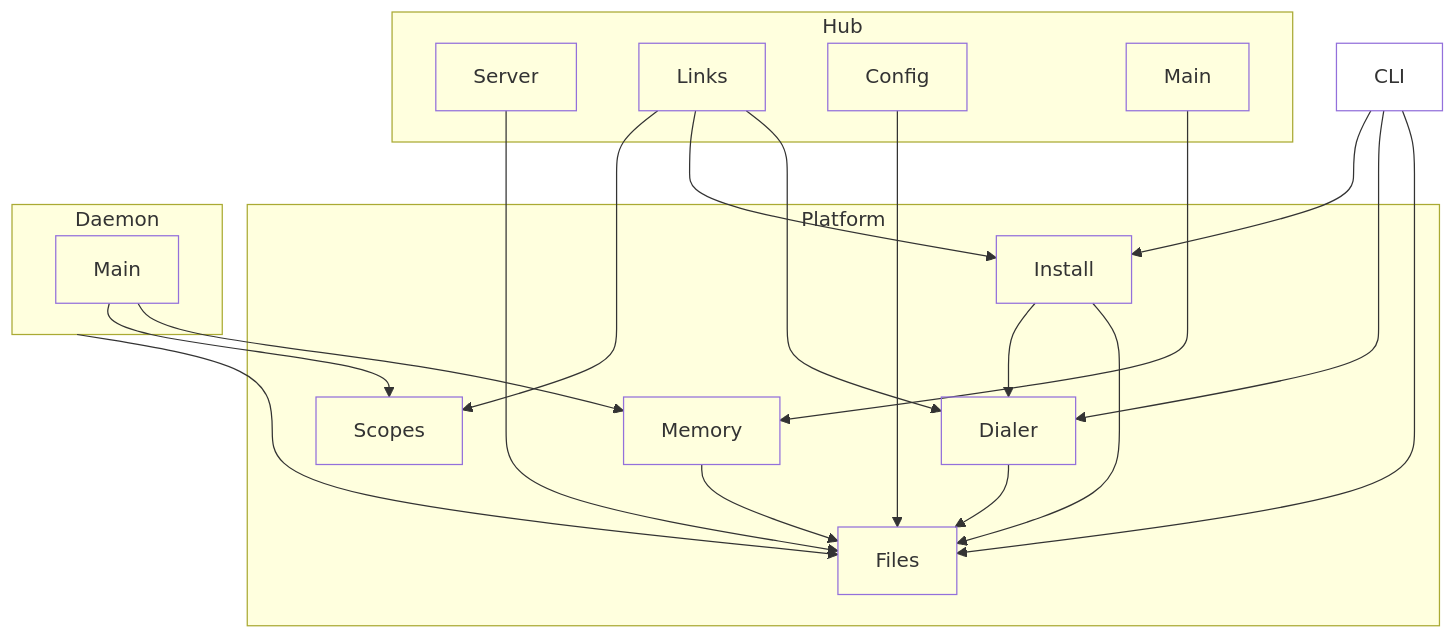
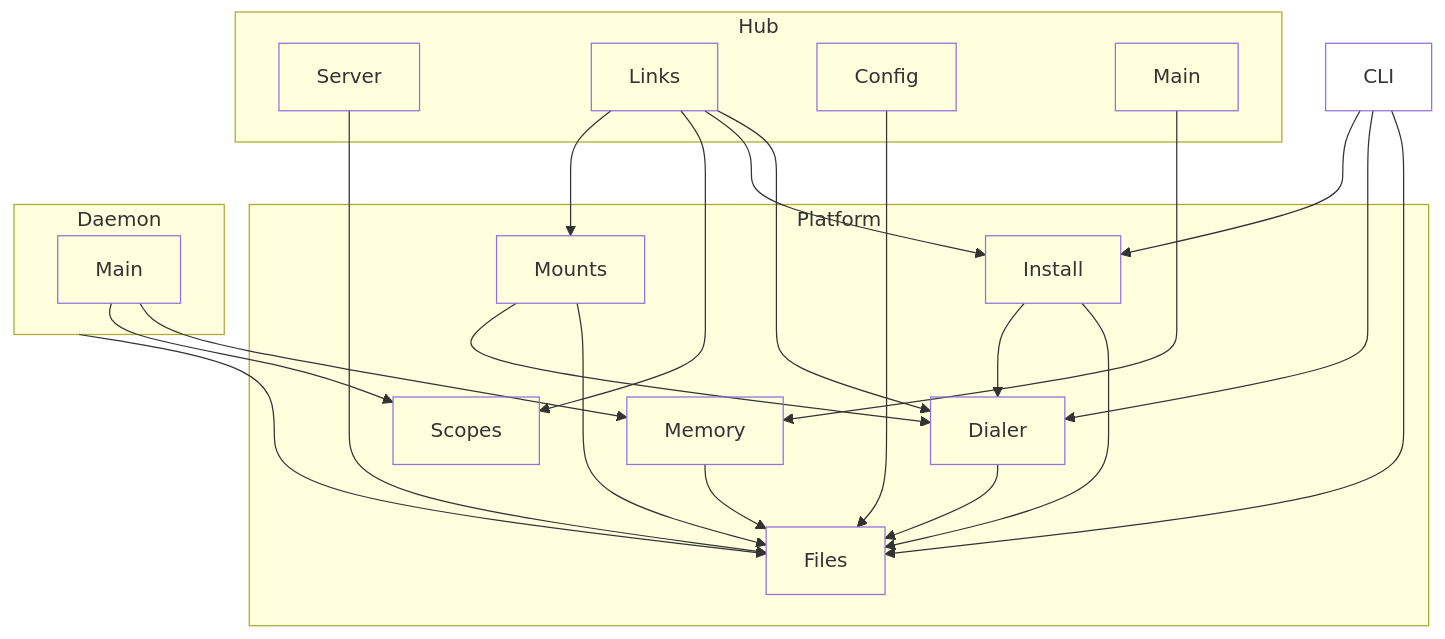
The diagram in architecture/typescript.platform.arc42.md (MotleyAI/worktree-term), drawn with Mermaid before and after one commit. The commit also changed other lines of this file and 55 other files, not shown here.

Commit message:
Group repo tabs by origin across hosts, name the page's hub on its button, and open remote worktrees in the editor through hub-owned sshfs mounts

````diff
--- a/architecture/typescript.platform.arc42.md
+++ b/architecture/typescript.platform.arc42.md
@@ -12,39 +12,43 @@
 ```mermaid
 flowchart TD
   %% platform: Platform
   subgraph platform["Platform"]
     platform__files["Files"]
     platform__dialer["Dialer"]
     platform__install["Install"]
     platform__memory["Memory"]
     platform__scopes["Scopes"]
+    platform__mounts["Mounts"]
   end
   subgraph daemon["Daemon"]
     daemon__main["Main"]
   end
   subgraph hub["Hub"]
     hub__server["Server"]
     hub__links["Links"]
     hub__config["Config"]
     hub__main["Main"]
   end
   cli["CLI"]
   platform__dialer --> platform__files
   platform__install --> platform__files
   platform__install --> platform__dialer
   platform__memory --> platform__files
+  platform__mounts --> platform__files
+  platform__mounts --> platform__dialer
   daemon --> platform__files
   daemon__main --> platform__memory
   daemon__main --> platform__scopes
   hub__server --> platform__files
   hub__config --> platform__files
   hub__links --> platform__dialer
   hub__links --> platform__install
   hub__links --> platform__scopes
+  hub__links --> platform__mounts
   hub__main --> platform__memory
   cli --> platform__files
   cli --> platform__dialer
   cli --> platform__install
   classDef leaf fill:none;
-  class platform__files,platform__dialer,platform__install,platform__memory,platform__scopes,daemon__main,hub__server,hub__links,hub__config,hub__main,cli leaf;
+  class platform__files,platform__dialer,platform__install,platform__memory,platform__scopes,platform__mounts,daemon__main,hub__server,hub__links,hub__config,hub__main,cli leaf;
 ```
````
